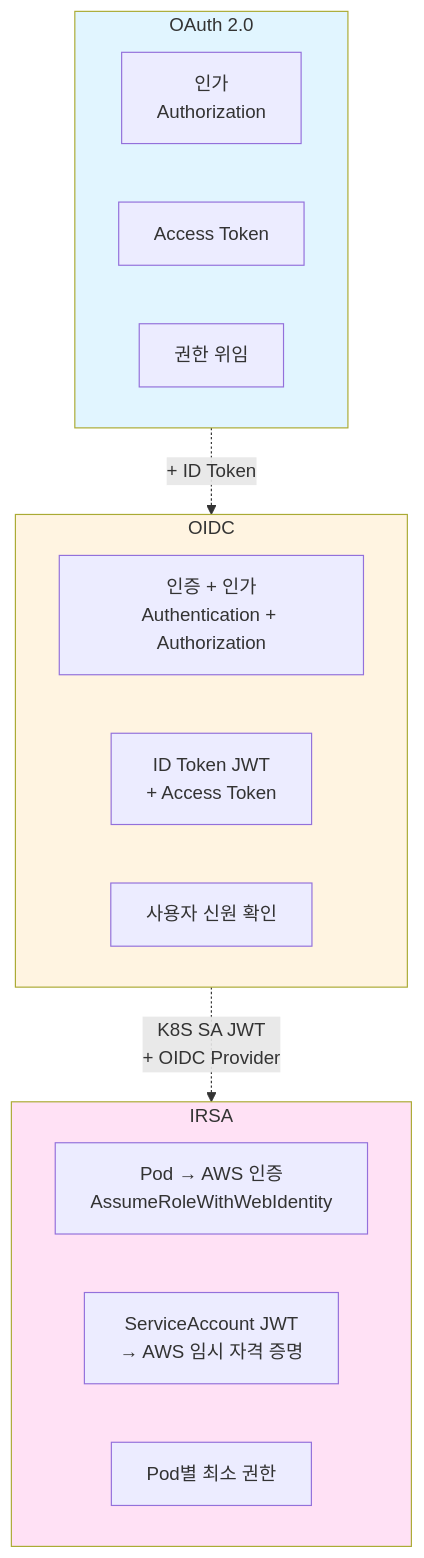
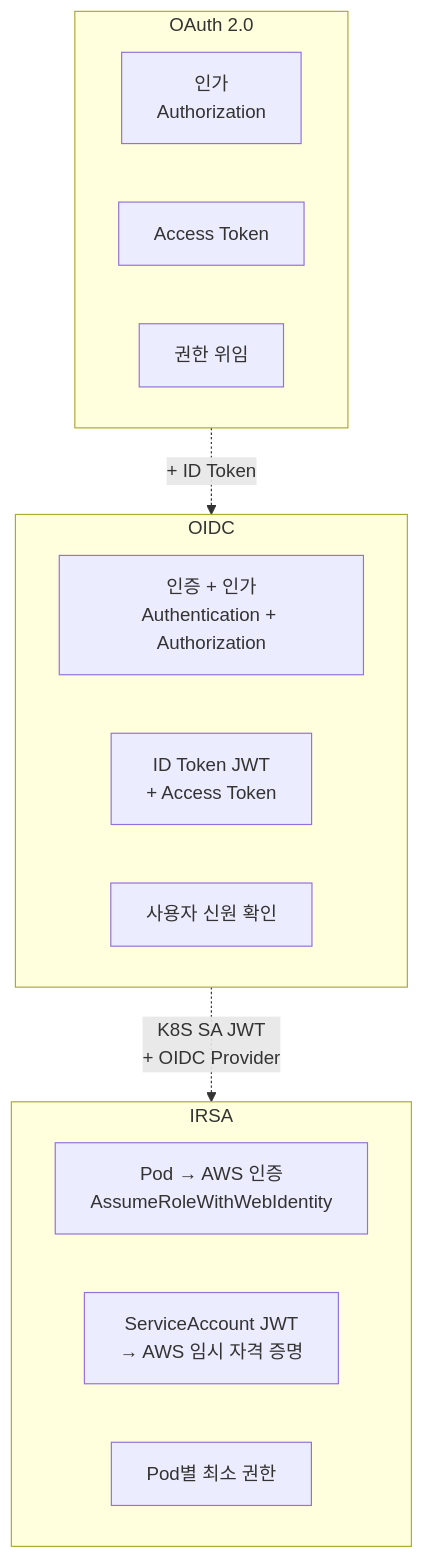
Before and after one commit to juwon8891/juwon8891.github.io: diagram 16 of 16 in docs/eks/week4-authn-authz.md, drawn with Mermaid. The commit also changed other lines of this file and 18 other files, not shown here.

Commit message:
Remove bright colors from Mermaid diagrams for dark mode compatibility

````diff
--- a/docs/eks/week4-authn-authz.md
+++ b/docs/eks/week4-authn-authz.md
@@ -792,27 +764,24 @@
 ```mermaid
 graph TB
     subgraph oauth["OAuth 2.0"]
         OA1[인가<br/>Authorization]
         OA2[Access Token]
         OA3[권한 위임]
     end
 
     subgraph oidc["OIDC"]
         OIDC1[인증 + 인가<br/>Authentication + Authorization]
         OIDC2[ID Token JWT<br/>+ Access Token]
         OIDC3[사용자 신원 확인]
     end
 
     subgraph irsa["IRSA"]
         IRSA1[Pod → AWS 인증<br/>AssumeRoleWithWebIdentity]
         IRSA2[ServiceAccount JWT<br/>→ AWS 임시 자격 증명]
         IRSA3[Pod별 최소 권한]
     end
 
     oauth -.->|+ ID Token| oidc
     oidc -.->|K8S SA JWT<br/>+ OIDC Provider| irsa
 
-    style oauth fill:#e1f5ff
-    style oidc fill:#fff4e1
-    style irsa fill:#ffe1f5
 ```
````
